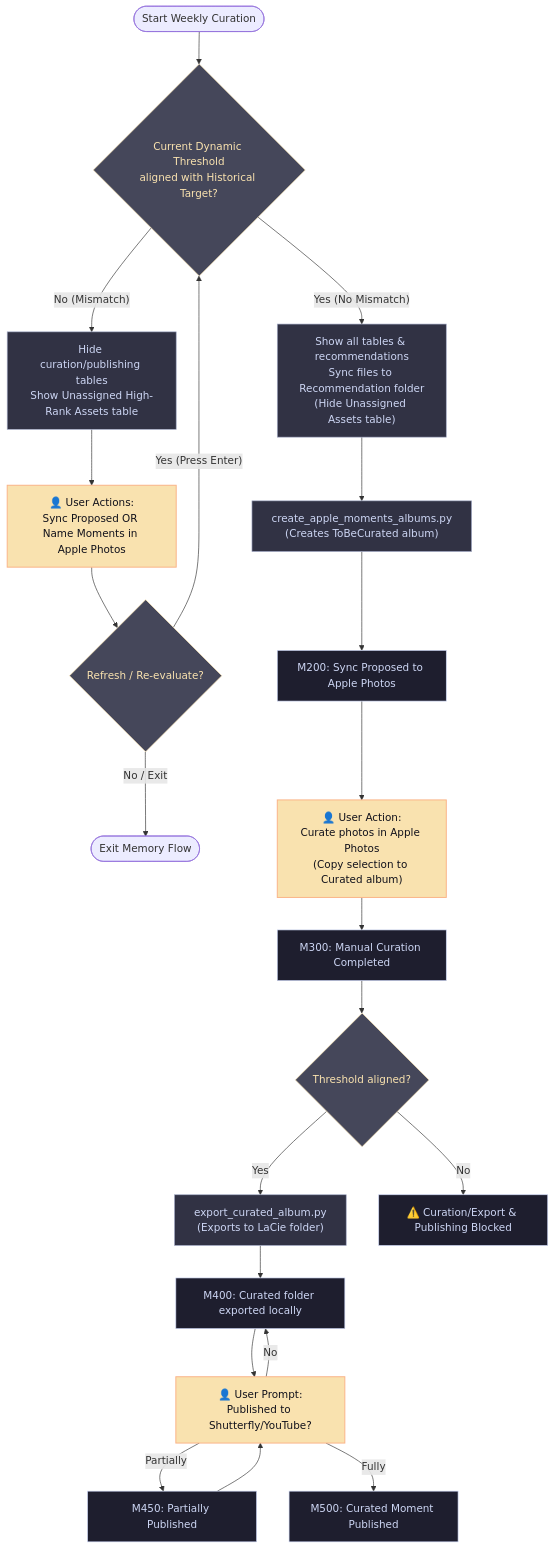
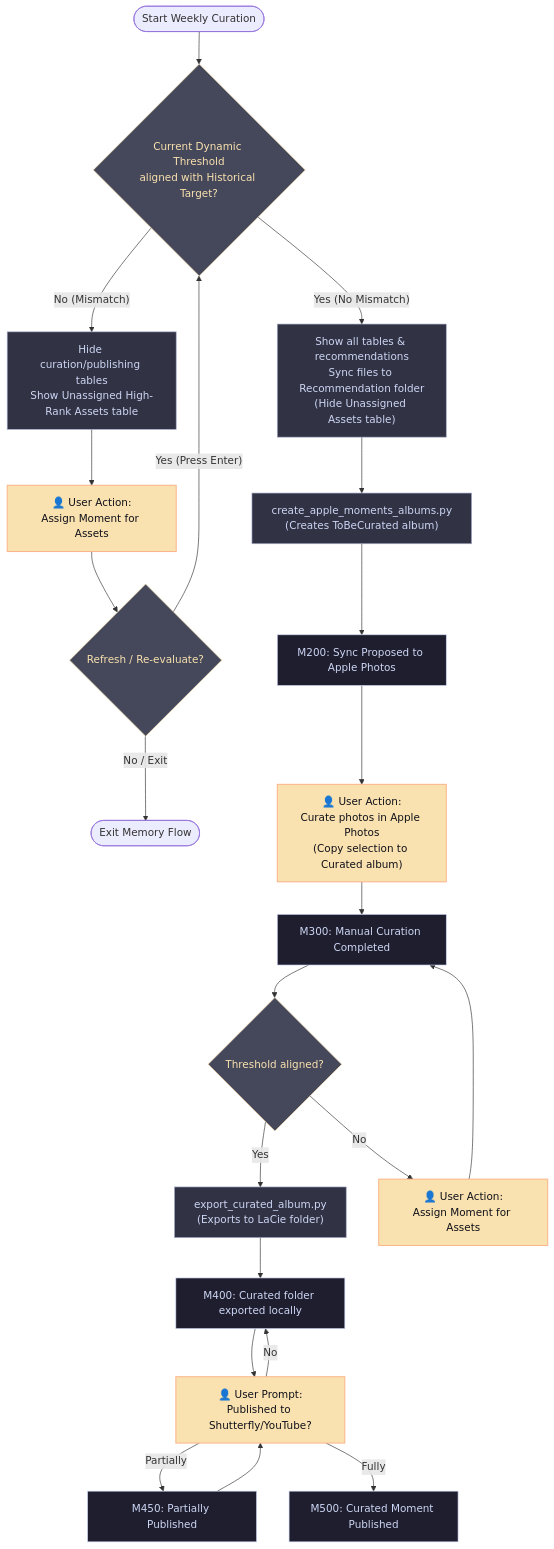
Before and after one commit to nickolaycohen/media-organizer-pipeline: the second of 2 diagrams in docs/pipeline_architecture.md, drawn with Mermaid. The commit also changed other lines of this file, not shown here.

Commit message:
Update flowchart and description to name the mismatch resolution step 'Assign Moment for Assets' consistently

````diff
--- a/docs/pipeline_architecture.md
+++ b/docs/pipeline_architecture.md
@@ -81,34 +81,35 @@
 ```mermaid
 flowchart TD
     classDef state fill:#1e1e2e,stroke:#cdd6f4,stroke-width:1px,color:#cdd6f4;
     classDef action fill:#313244,stroke:#a6adc8,stroke-width:1px,color:#cdd6f4;
     classDef prompt fill:#f9e2af,stroke:#fab387,stroke-width:1.5px,color:#11111b;
     classDef decision fill:#45475a,stroke:#f9e2af,stroke-width:1px,color:#f9e2af;
     
     Start([Start Weekly Curation]) --> Dec_Threshold{"Current Dynamic Threshold<br/>aligned with Historical Target?"}:::decision
     
     Dec_Threshold -- "Yes (No Mismatch)" --> T2_ShowAll["Show all tables & recommendations<br/>Sync files to Recommendation folder<br/>(Hide Unassigned Assets table)"]:::action
     Dec_Threshold -- "No (Mismatch)" --> T2_Limited["Hide curation/publishing tables<br/>Show Unassigned High-Rank Assets table"]:::action
     
-    T2_Limited --> Act_Limited_Actions["👤 User Actions:<br/>Sync Proposed OR Name Moments in Apple Photos"]:::prompt
-    Act_Limited_Actions --> Prompt_Refresh{"Refresh / Re-evaluate?"}:::decision
+    T2_Limited --> Act_Assign_Moments["👤 User Action:<br/>Assign Moment for Assets"]:::prompt
+    Act_Assign_Moments --> Prompt_Refresh{"Refresh / Re-evaluate?"}:::decision
     Prompt_Refresh -- "Yes (Press Enter)" --> Dec_Threshold
     Prompt_Refresh -- "No / Exit" --> Exit_Flow([Exit Memory Flow])
     
     T2_ShowAll --> Act_Sync["create_apple_moments_albums.py<br/>(Creates ToBeCurated album)"]:::action
     
     Act_Sync --> T2_M200["M200: Sync Proposed to Apple Photos"]:::state
     T2_M200 --> Act_Manual["👤 User Action:<br/>Curate photos in Apple Photos<br/>(Copy selection to Curated album)"]:::prompt
     Act_Manual --> T2_M300["M300: Manual Curation Completed"]:::state
     
     T2_M300 --> Dec_Threshold_Curated{"Threshold aligned?"}:::decision
     Dec_Threshold_Curated -- "Yes" --> Act_Export["export_curated_album.py<br/>(Exports to LaCie folder)"]:::action
-    Dec_Threshold_Curated -- "No" --> Block_Curation["⚠️ Curation/Export & Publishing Blocked"]:::state
+    Dec_Threshold_Curated -- "No" --> Act_Assign_Moments_Curated["👤 User Action:<br/>Assign Moment for Assets"]:::prompt
+    Act_Assign_Moments_Curated --> T2_M300
     
     Act_Export --> T2_M400["M400: Curated folder exported locally"]:::state
     T2_M400 --> Prompt_Publish["👤 User Prompt:<br/>Published to Shutterfly/YouTube?"]:::prompt
     Prompt_Publish -- "Partially" --> T2_M450["M450: Partially Published"]:::state
     Prompt_Publish -- "Fully" --> T2_M500["M500: Curated Moment Published"]:::state
     T2_M450 --> Prompt_Publish
     Prompt_Publish -- "No" --> T2_M400
 ```
````
